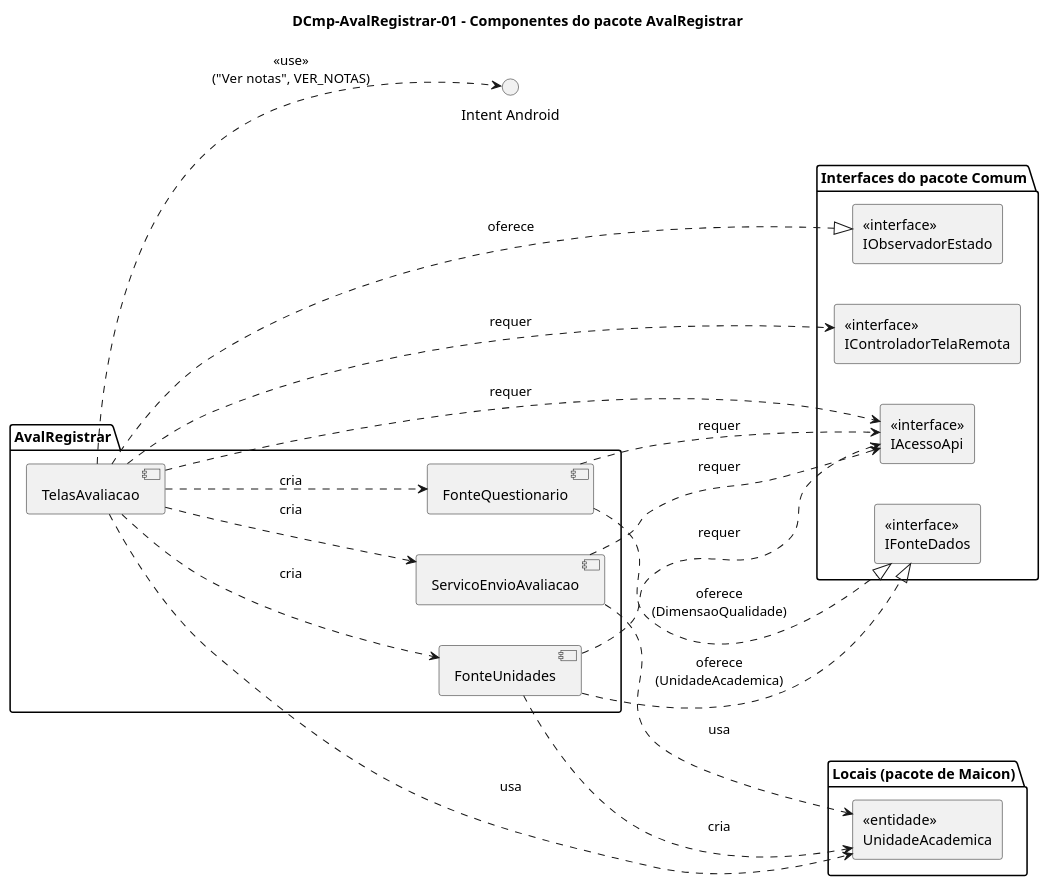
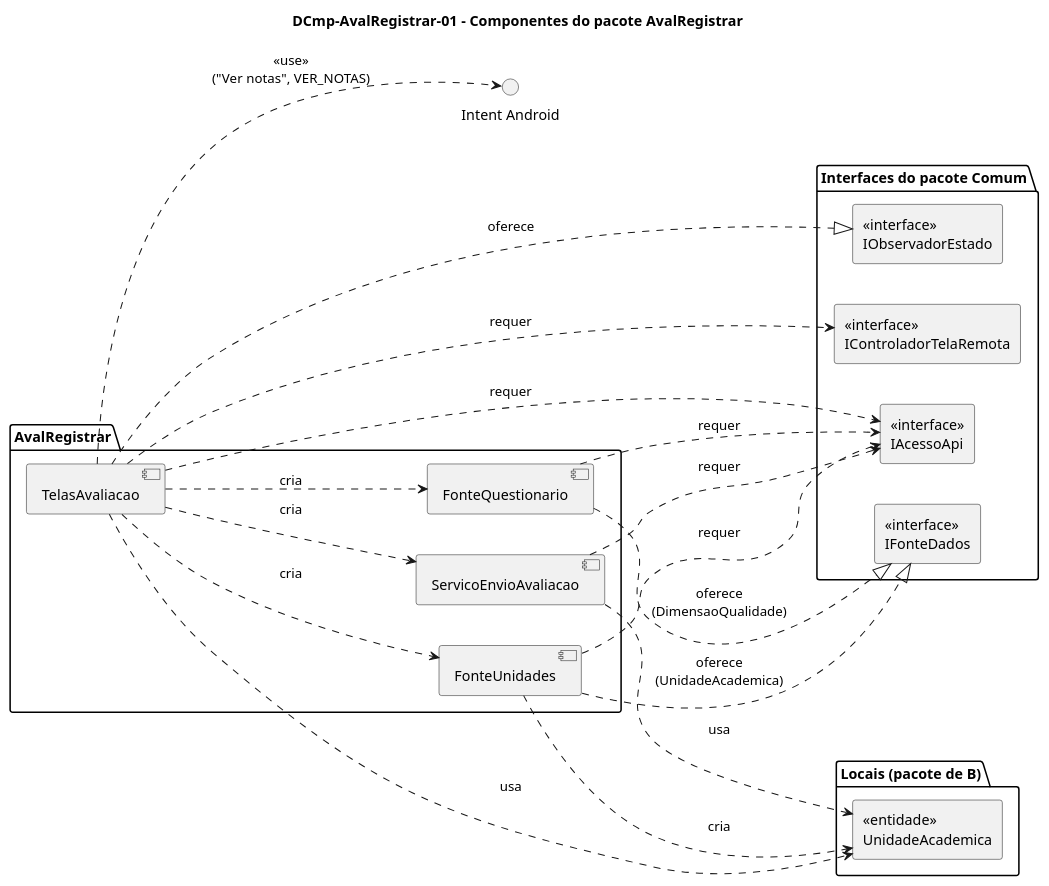
Before and after one commit to joseduardogon/Minha_UFG_Grupo_Cinza: the diagram in AvalRegistrar/DCmp-AvalRegistrar-01.puml, drawn with PlantUML. The commit also changed 11 other files, not shown here.

```diff
--- a/AvalRegistrar/DCmp-AvalRegistrar-01.puml
+++ b/AvalRegistrar/DCmp-AvalRegistrar-01.puml
@@ -1,46 +1,46 @@
 @startuml DCmp-AvalRegistrar-01
 title DCmp-AvalRegistrar-01 – Componentes do pacote AvalRegistrar
 skinparam componentStyle uml2
 skinparam nodesep 40
 skinparam ranksep 90
 left to right direction
 
 package "AvalRegistrar" {
   component "TelasAvaliacao" as Telas
   component "FonteUnidades" as FonteUA
   component "FonteQuestionario" as FonteQ
   component "ServicoEnvioAvaliacao" as Servico
 }
 
 package "Interfaces do pacote Comum" {
   rectangle "<<interface>>\nIObservadorEstado" as IObservador
   rectangle "<<interface>>\nIControladorTelaRemota" as IControlador
   rectangle "<<interface>>\nIFonteDados" as IFonteDados
   rectangle "<<interface>>\nIAcessoApi" as IAcessoApi
 }
 
-package "Locais (pacote de Maicon)" {
+package "Locais (pacote de B)" {
   rectangle "<<entidade>>\nUnidadeAcademica" as UA
 }
 
 interface "Intent Android" as Intent
 
 Telas ..|> IObservador : oferece
 FonteUA ..|> IFonteDados : oferece\n(UnidadeAcademica)
 FonteQ ..|> IFonteDados : oferece\n(DimensaoQualidade)
 
 Telas ..> IControlador : requer
 Telas ..> IAcessoApi : requer
 FonteUA ..> IAcessoApi : requer
 FonteQ ..> IAcessoApi : requer
 Servico ..> IAcessoApi : requer
 
 Telas ..> FonteUA : cria
 Telas ..> FonteQ : cria
 Telas ..> Servico : cria
 
 Telas ..> UA : usa
 FonteUA ..> UA : cria
 Servico ..> UA : usa
 Telas ..> Intent : <<use>>\n("Ver notas", VER_NOTAS)
 @enduml
```
